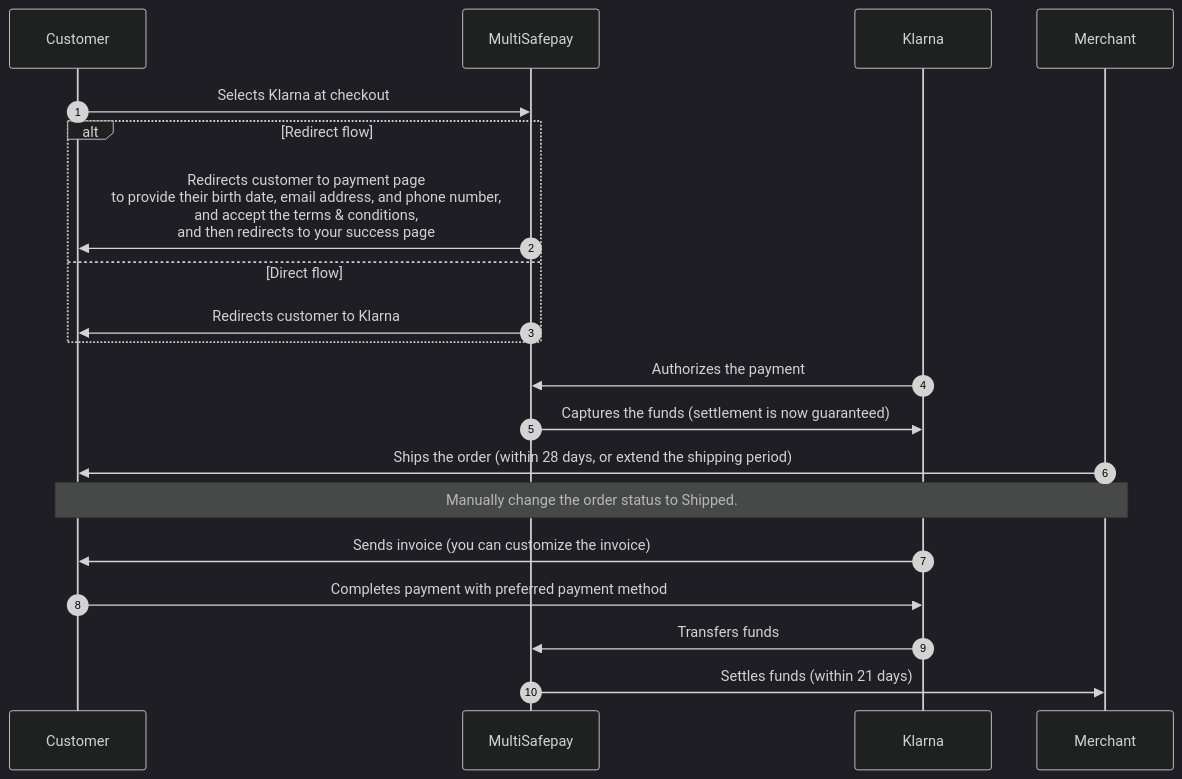
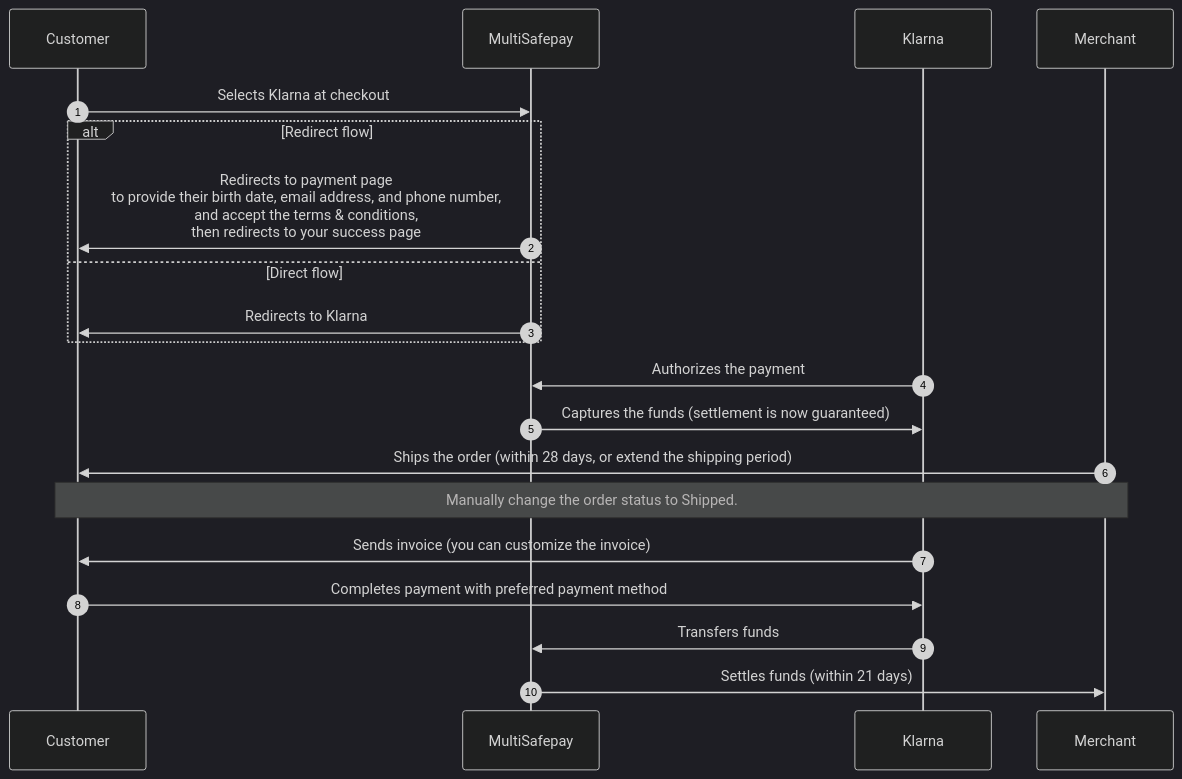
One commit to MultiSafepay/docs changed the diagram in content/payments/methods/pay-later/klarna/payment-flow.md. Above: the diagram before and after it, drawn with Mermaid (dark theme). The commit also changed other lines of this file and 35 other files, not shown here.

```diff
--- a/content/payments/methods/pay-later/klarna/payment-flow.md
+++ b/content/payments/methods/pay-later/klarna/payment-flow.md
@@ -16,25 +16,25 @@
 {{< mermaid class="text-center" >}}
 
 sequenceDiagram
     autonumber
     participant C as Customer
     participant Mu as MultiSafepay
     participant K as Klarna
     participant Me as Merchant
 
     C->>Mu: Selects Klarna at checkout
     alt Redirect flow
-    Mu->>C: Redirects customer to payment page <br> to provide their birth date, email address, and phone number, <br> and accept the terms & conditions, <br> and then redirects to your success page
+    Mu->>C: Redirects to payment page <br> to provide their birth date, email address, and phone number, <br> and accept the terms & conditions, <br> then redirects to your success page
     else Direct flow
-    Mu->>C: Redirects customer to Klarna
+    Mu->>C: Redirects to Klarna
     end
     K->>Mu: Authorizes the payment
     Mu->>K: Captures the funds (settlement is now guaranteed)
     Me->>C: Ships the order (within 28 days, or extend the shipping period)
     Note over Me,C: Manually change the order status to Shipped. 
     K->>C: Sends invoice (you can customize the invoice) 
     C->>K: Completes payment with preferred payment method
     K->>Mu: Transfers funds 
     Mu->>Me: Settles funds (within 21 days)
 
 {{< /mermaid >}}
```
